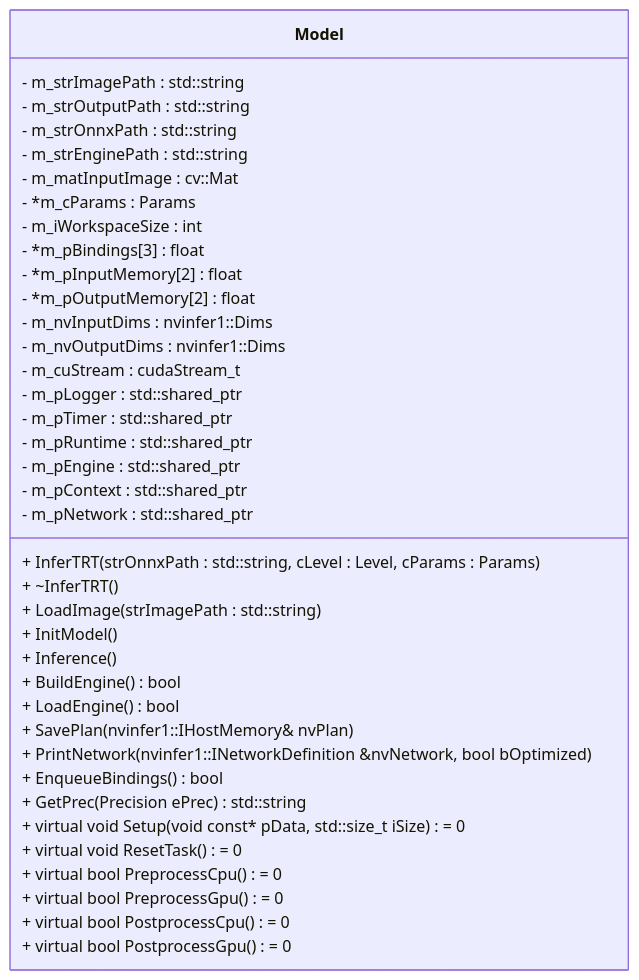
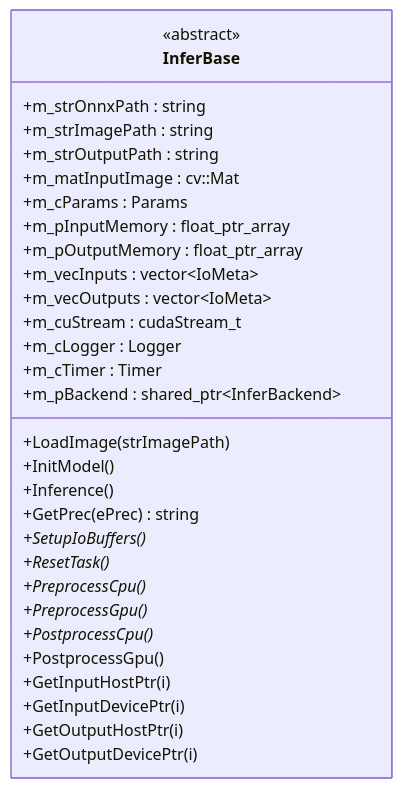
Diagram 12 of 13 in README.md (Chang-Chiang/InferDeploy), drawn with Mermaid before and after one commit. The commit also changed other lines of this file and 29 other files, not shown here.

````diff
--- a/README.md
+++ b/README.md
@@ -176,43 +330,33 @@
 ```mermaid
 classDiagram
-class Model {
-    - m_strImagePath : std::string
-    - m_strOutputPath : std::string
-    - m_strOnnxPath : std::string
-    - m_strEnginePath : std::string
-    - m_matInputImage : cv::Mat
-    - *m_cParams : Params
-    - m_iWorkspaceSize : int
-    - *m_pBindings[3] : float
-    - *m_pInputMemory[2] : float
-    - *m_pOutputMemory[2] : float
-    - m_nvInputDims : nvinfer1::Dims
-    - m_nvOutputDims : nvinfer1::Dims
-    - m_cuStream : cudaStream_t
-    - m_pLogger : std::shared_ptr<Logger>
-    - m_pTimer : std::shared_ptr<Timer>
-    - m_pRuntime : std::shared_ptr<nvinfer1::IRuntime>
-    - m_pEngine : std::shared_ptr<nvinfer1::ICudaEngine>
-    - m_pContext : std::shared_ptr<nvinfer1::IExecutionContext>
-    - m_pNetwork : std::shared_ptr<nvinfer1::INetworkDefinition>
-
-    + InferTRT(strOnnxPath : std::string, cLevel : Level, cParams : Params)
-    + ~InferTRT()
-    + LoadImage(strImagePath : std::string)
-    + InitModel() 
-    + Inference()
-    + BuildEngine() bool
-    + LoadEngine() bool
-    + SavePlan(nvinfer1::IHostMemory& nvPlan)
-    + PrintNetwork(nvinfer1::INetworkDefinition &nvNetwork, bool bOptimized)
-    + EnqueueBindings() bool
-    + GetPrec(Precision ePrec) std::string
-    
-    + virtual void Setup(void const* pData, std::size_t iSize) = 0
-    + virtual void ResetTask() = 0
-    + virtual bool PreprocessCpu() = 0
-    + virtual bool PreprocessGpu() = 0
-    + virtual bool PostprocessCpu() = 0
-    + virtual bool PostprocessGpu() = 0
+class InferBase {
+    <<abstract>>
+    +m_strOnnxPath : string
+    +m_strImagePath : string
+    +m_strOutputPath : string
+    +m_matInputImage : cv::Mat
+    +m_cParams : Params
+    +m_pInputMemory : float_ptr_array
+    +m_pOutputMemory : float_ptr_array
+    +m_vecInputs : vector~IoMeta~
+    +m_vecOutputs : vector~IoMeta~
+    +m_cuStream : cudaStream_t
+    +m_cLogger : Logger
+    +m_cTimer : Timer
+    +m_pBackend : shared_ptr~InferBackend~
+    +LoadImage(strImagePath)
+    +InitModel()
+    +Inference()
+    +GetPrec(ePrec) string
+    +SetupIoBuffers()*
+    +ResetTask()*
+    +PreprocessCpu()*
+    +PreprocessGpu()*
+    +PostprocessCpu()*
+    +PostprocessGpu()
+    +GetInputHostPtr(i)
+    +GetInputDevicePtr(i)
+    +GetOutputHostPtr(i)
+    +GetOutputDevicePtr(i)
 }
 ```
````
